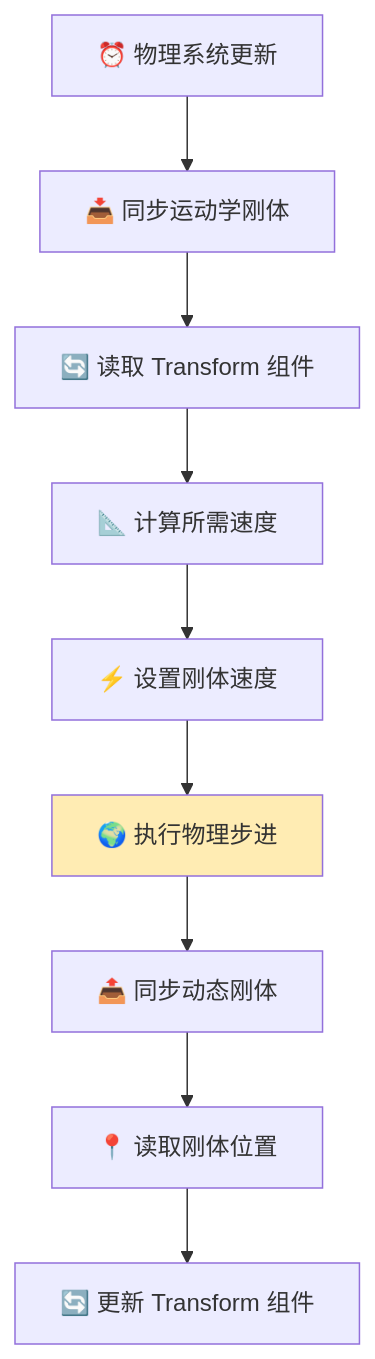
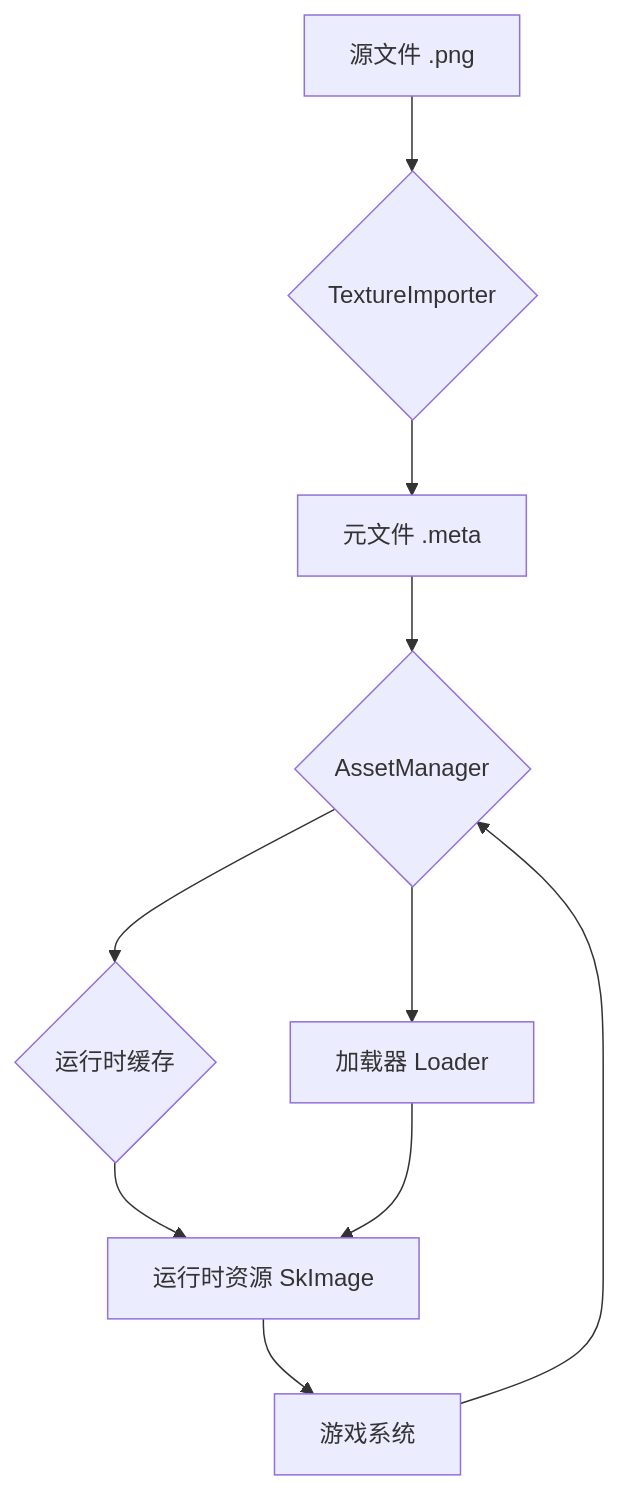
The diagram in README.md (NGLSG/Luma), drawn with Mermaid before and after one commit. The commit also changed other lines of this file and 4 other files, not shown here.

````diff
--- a/README.md
+++ b/README.md
@@ -508,13 +273,10 @@
 ```mermaid
 graph TD
-    A[⏰ 物理系统更新] --> B[📥 同步运动学刚体]
-B --> C[🔄 读取 Transform 组件]
-C --> D[📐 计算所需速度]
-D --> E[⚡ 设置刚体速度]
-E --> F[🌍 执行物理步进]
-F --> G[📤 同步动态刚体]
-G --> H[📍 读取刚体位置]
-H --> I[🔄 更新 Transform 组件]
-
-style F fill: #ffecb3
+    A[源文件 .png] --> B{TextureImporter} --> C[元文件 .meta]
+    C --> D{AssetManager}
+    E[游戏系统] --> D
+    D --> F{运行时缓存}
+    F --> G[运行时资源 SkImage]
+    D --> H[加载器 Loader] --> G
+    G --> E
 ```
````
